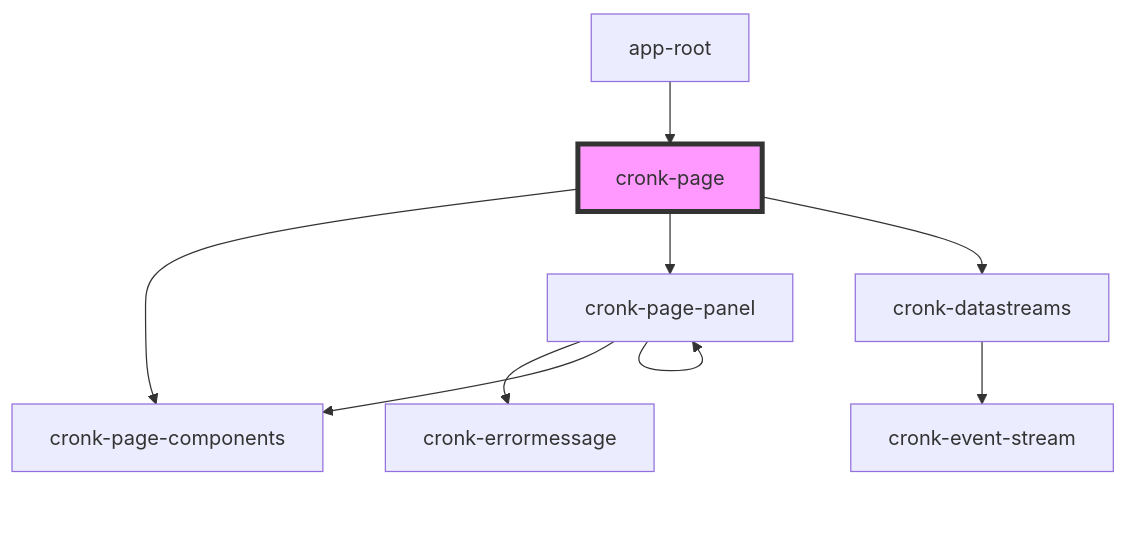
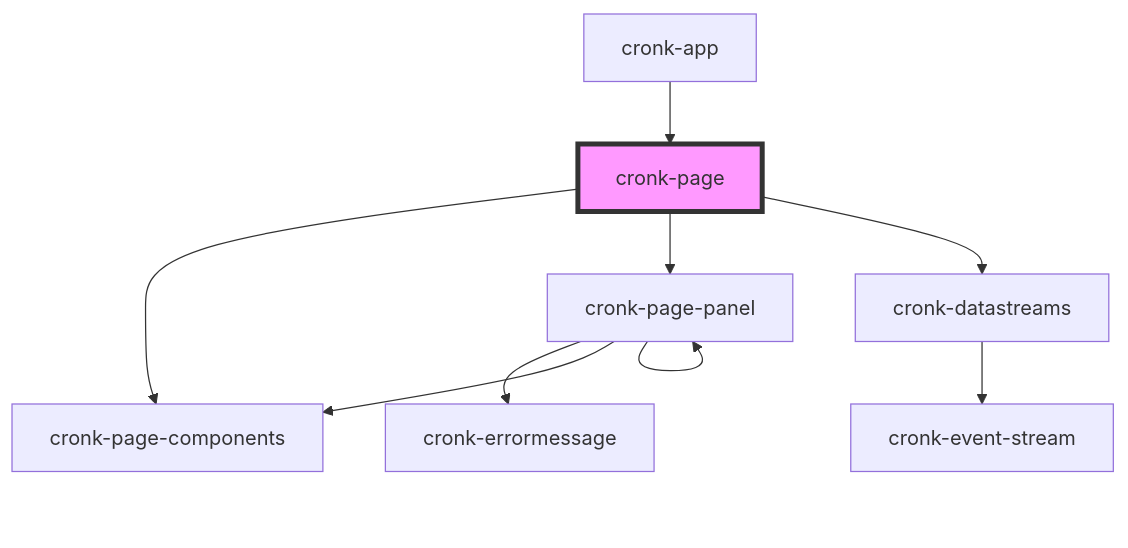
The diagram in src/components/cronk-page/readme.md (nanoporetech/cronkite), drawn with Mermaid before and after one commit. The commit also changed other lines of this file and 8 other files, not shown here.

Commit message:
Rename app-root to cronk-app

````diff
--- a/src/components/cronk-page/readme.md
+++ b/src/components/cronk-page/readme.md
@@ -59,12 +59,12 @@
 ```mermaid
 graph TD;
   cronk-page --> cronk-page-components
   cronk-page --> cronk-page-panel
   cronk-page --> cronk-datastreams
   cronk-page-panel --> cronk-errormessage
   cronk-page-panel --> cronk-page-components
   cronk-page-panel --> cronk-page-panel
   cronk-datastreams --> cronk-event-stream
-  app-root --> cronk-page
+  cronk-app --> cronk-page
   style cronk-page fill:#f9f,stroke:#333,stroke-width:4px
 ```
````
